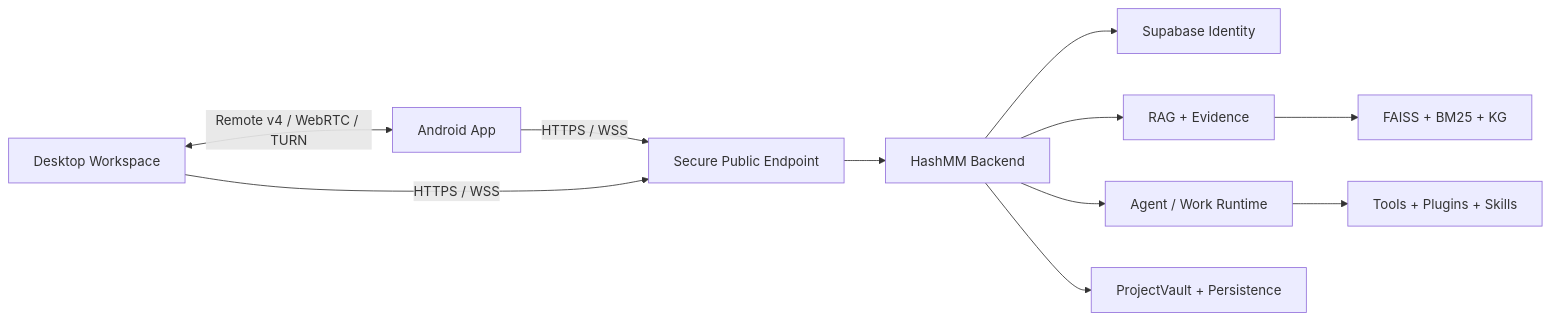
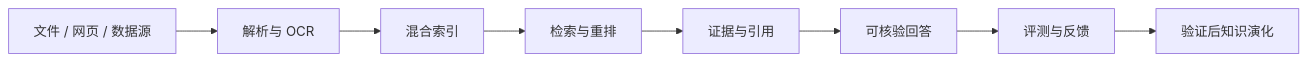
Before and after one commit to augety121/HashMM-RAG-Agent: the second of 3 diagrams in README.md, drawn with Mermaid. The commit also changed other lines of this file and 2 other files, not shown here.

Commit message:
docs: rebuild project showcase and publish server bundle

````diff
--- a/README.md
+++ b/README.md
@@ -82,13 +191,4 @@
 ```mermaid
 flowchart LR
-    A["Android App"] -->|HTTPS / WSS| C["Secure Public Endpoint"]
-    D["Desktop Workspace"] -->|HTTPS / WSS| C
-    C --> B["HashMM Backend"]
-    B --> I["Supabase Identity"]
-    B --> R["RAG + Evidence"]
-    B --> W["Agent / Work Runtime"]
-    B --> P["ProjectVault + Persistence"]
-    D <-->|"Remote v4 / WebRTC / TURN"| A
-    R --> V["FAISS + BM25 + KG"]
-    W --> T["Tools + Plugins + Skills"]
+    File["文件 / 网页 / 数据源"] --> Parse["解析与 OCR"] --> Index["混合索引"] --> Retrieve["检索与重排"] --> Evidence["证据与引用"] --> Answer["可核验回答"] --> Evaluate["评测与反馈"] --> KG["验证后知识演化"]
 ```
````
